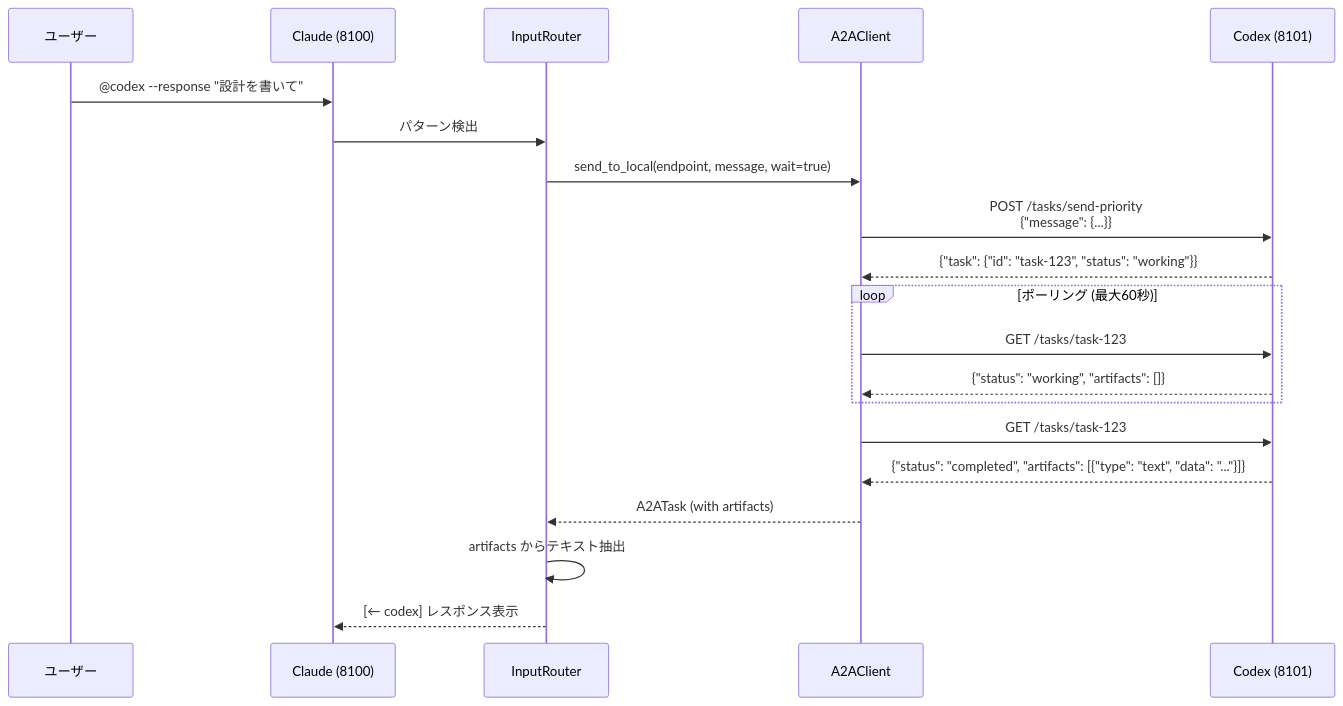
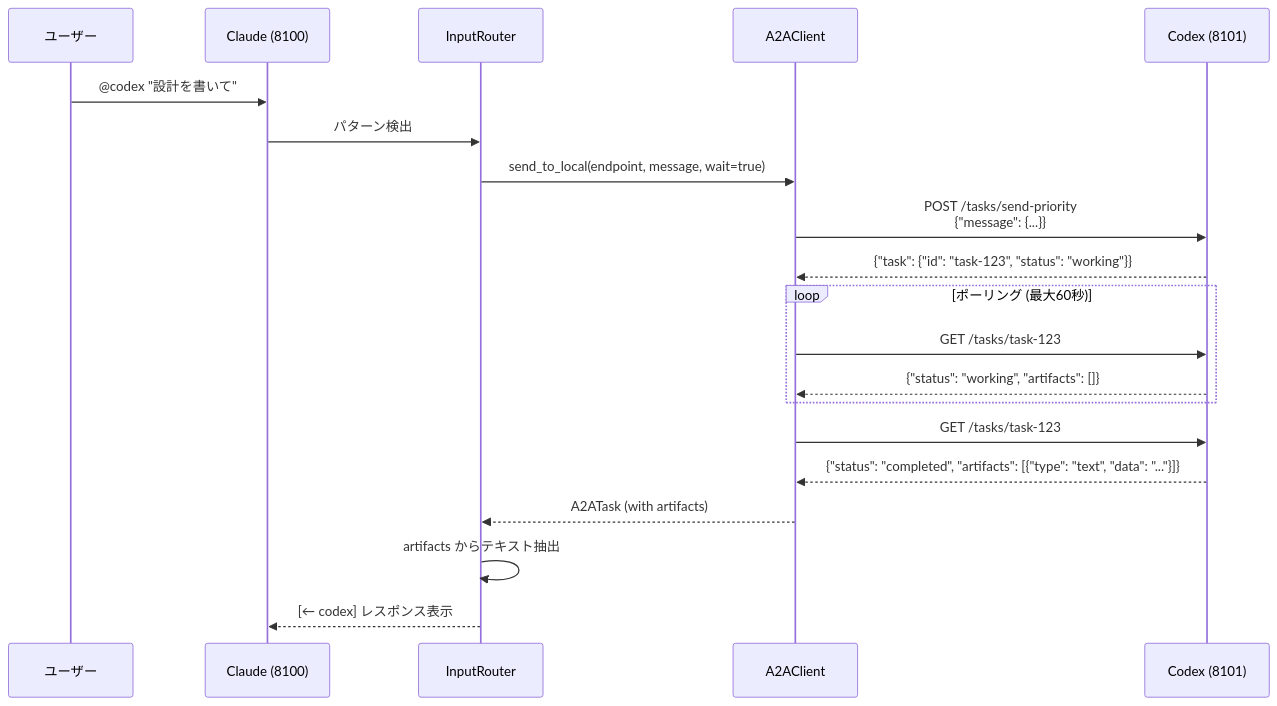
Before and after one commit to s-hiraoku/synapse-a2a: diagram 12 of 19 in guides/architecture.md, drawn with Mermaid. The commit also changed other lines of this file and 16 other files, not shown here.

````diff
--- a/guides/architecture.md
+++ b/guides/architecture.md
@@ -486,25 +486,25 @@
 ```mermaid
 sequenceDiagram
     participant User as ユーザー
     participant Claude as Claude (8100)
     participant IR as InputRouter
     participant A2AClient as A2AClient
     participant Codex as Codex (8101)
 
-    User->>Claude: @codex --response "設計を書いて"
+    User->>Claude: @codex "設計を書いて"
     Claude->>IR: パターン検出
     IR->>A2AClient: send_to_local(endpoint, message, wait=true)
     A2AClient->>Codex: POST /tasks/send-priority<br/>{"message": {...}}
     Codex-->>A2AClient: {"task": {"id": "task-123", "status": "working"}}
 
     loop ポーリング (最大60秒)
         A2AClient->>Codex: GET /tasks/task-123
         Codex-->>A2AClient: {"status": "working", "artifacts": []}
     end
 
     A2AClient->>Codex: GET /tasks/task-123
     Codex-->>A2AClient: {"status": "completed", "artifacts": [{"type": "text", "data": "..."}]}
     A2AClient-->>IR: A2ATask (with artifacts)
     IR->>IR: artifacts からテキスト抽出
     IR-->>Claude: [← codex] レスポンス表示
 ```
````
